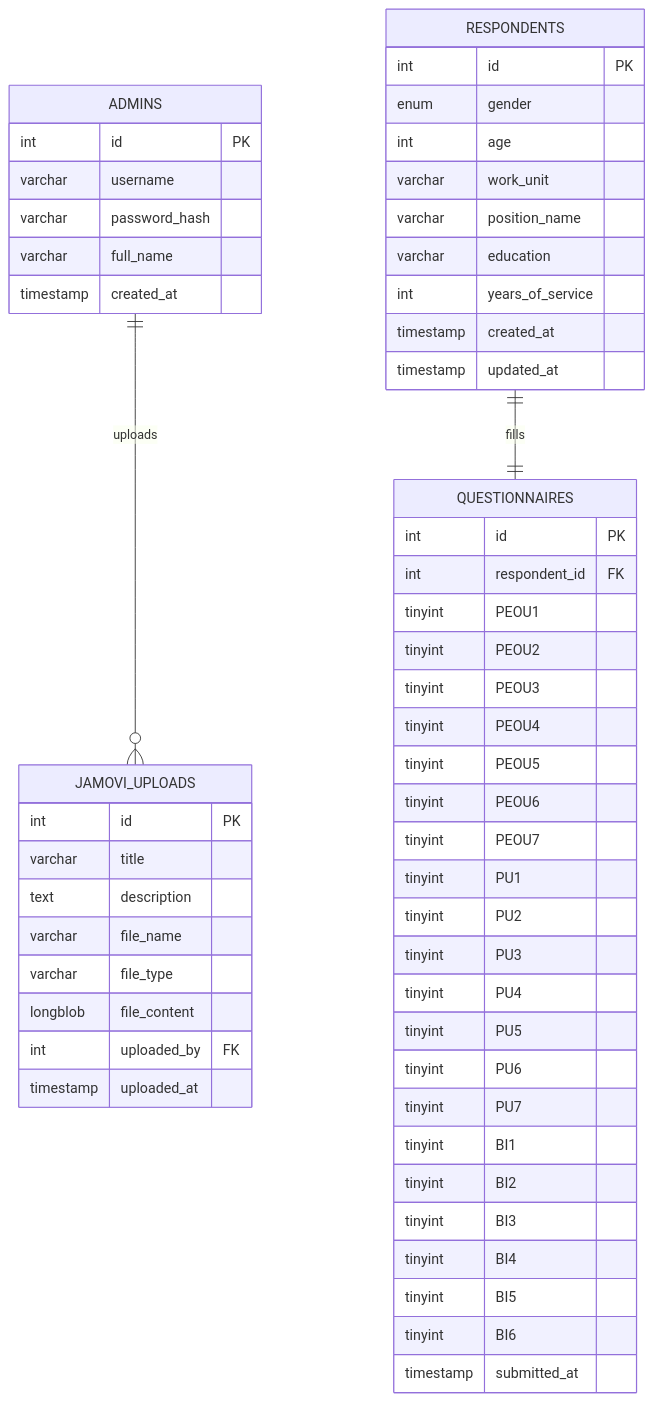
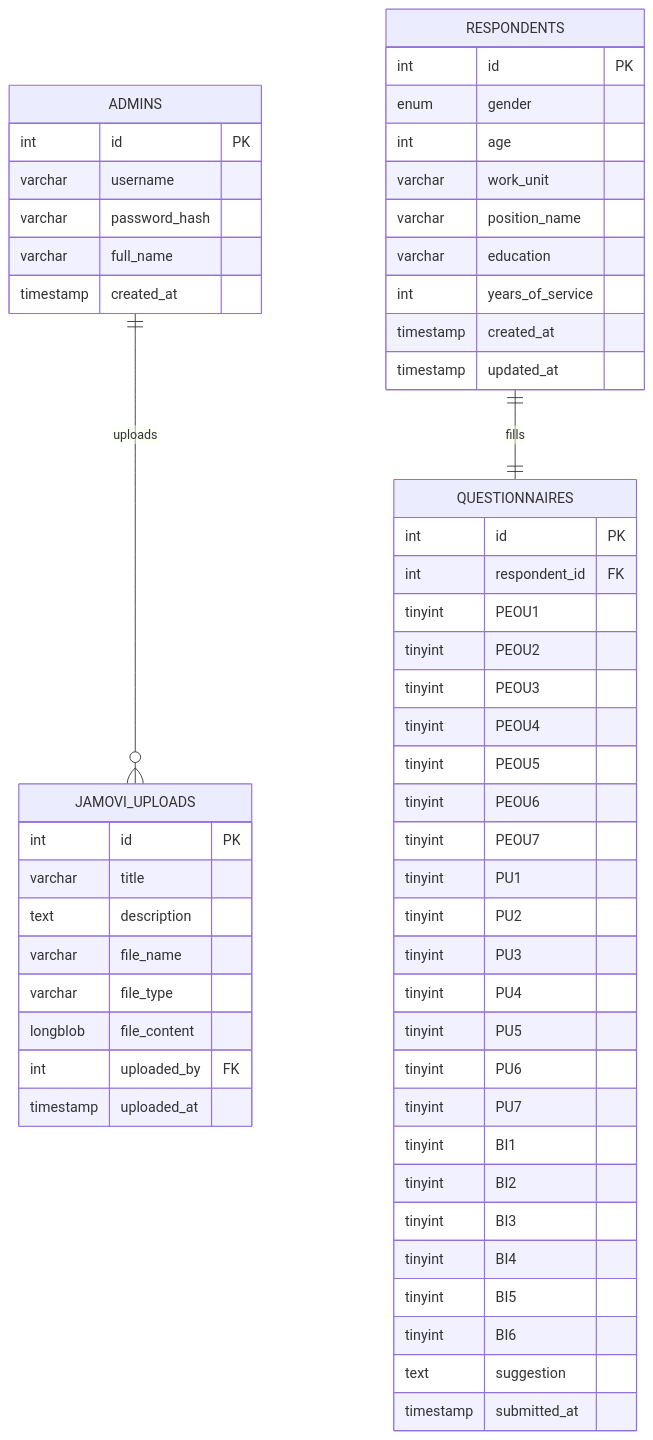
Before and after one commit to Gin-Gone26/dashboard-evaluasi-bebeong: the diagram in docs/erd.md, drawn with Mermaid. The commit also changed 15 other files, not shown here.

````diff
--- a/docs/erd.md
+++ b/docs/erd.md
@@ -3,62 +3,63 @@
 ```mermaid
 erDiagram
     ADMINS ||--o{ JAMOVI_UPLOADS : uploads
     RESPONDENTS ||--|| QUESTIONNAIRES : fills
 
     ADMINS {
         int id PK
         varchar username
         varchar password_hash
         varchar full_name
         timestamp created_at
     }
 
     RESPONDENTS {
         int id PK
         enum gender
         int age
         varchar work_unit
         varchar position_name
         varchar education
         int years_of_service
         timestamp created_at
         timestamp updated_at
     }
 
     QUESTIONNAIRES {
         int id PK
         int respondent_id FK
         tinyint PEOU1
         tinyint PEOU2
         tinyint PEOU3
         tinyint PEOU4
         tinyint PEOU5
         tinyint PEOU6
         tinyint PEOU7
         tinyint PU1
         tinyint PU2
         tinyint PU3
         tinyint PU4
         tinyint PU5
         tinyint PU6
         tinyint PU7
         tinyint BI1
         tinyint BI2
         tinyint BI3
         tinyint BI4
         tinyint BI5
         tinyint BI6
+        text suggestion
         timestamp submitted_at
     }
 
     JAMOVI_UPLOADS {
         int id PK
         varchar title
         text description
         varchar file_name
         varchar file_type
         longblob file_content
         int uploaded_by FK
         timestamp uploaded_at
     }
 ```
````
